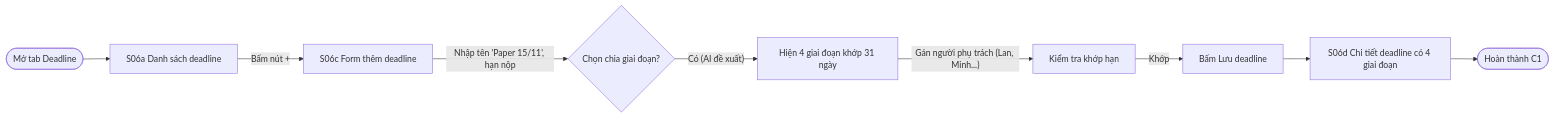
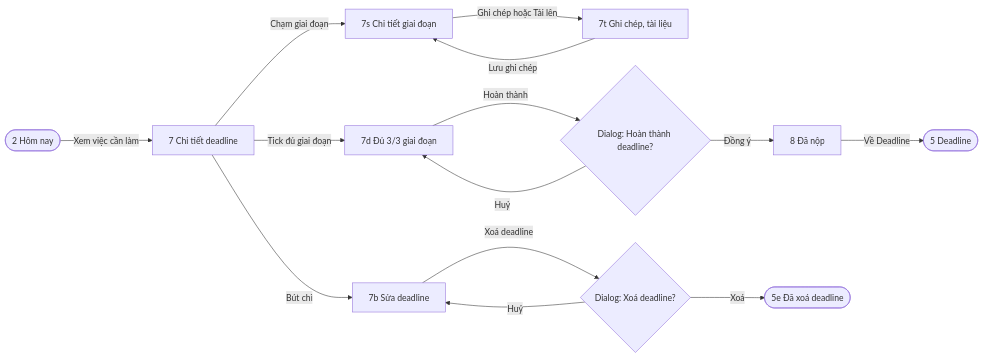
One commit to FU-PRM-Projects/prm393-lab2-group9 changed the fourth of 17 diagrams in ux/user-flow.md. Above: the diagram before and after it, drawn with Mermaid. The commit also changed other lines of this file and 7 other files, not shown here.

Commit message:
docs: align flows, screens, tokens and handoff with Figma

````diff
--- a/ux/user-flow.md
+++ b/ux/user-flow.md
@@ -139,11 +222,16 @@
 ```mermaid
 flowchart LR
-  A([Mở tab Deadline]) --> B["S06a Danh sách deadline"]
-  B -- Bấm nút + --> C["S06c Form thêm deadline"]
-  C -- Nhập tên 'Paper 15/11', hạn nộp --> D{"Chọn chia giai đoạn?"}
-  D -- Có (AI đề xuất) --> E["Hiện 4 giai đoạn khớp 31 ngày"]
-  E -- Gán người phụ trách (Lan, Minh...) --> F["Kiểm tra khớp hạn"]
-  F -- Khớp --> G["Bấm Lưu deadline"]
-  G --> H["S06d Chi tiết deadline có 4 giai đoạn"]
-  H --> I([Hoàn thành C1])
+  A(["2 Hôm nay"]) -- Xem việc cần làm --> D["7 Chi tiết deadline"]
+  D -- Chạm giai đoạn --> S["7s Chi tiết giai đoạn"]
+  S -- Ghi chép hoặc Tải lên --> T["7t Ghi chép, tài liệu"]
+  T -- Lưu ghi chép --> S
+  D -- Tick đủ giai đoạn --> D3["7d Đủ 3/3 giai đoạn"]
+  D3 -- Hoàn thành --> Q{"Dialog: Hoàn thành deadline?"}
+  Q -- Đồng ý --> DONE["8 Đã nộp"]
+  Q -- Huỷ --> D3
+  DONE -- Về Deadline --> L(["5 Deadline"])
+  D -- Bút chì --> E["7b Sửa deadline"]
+  E -- Xoá deadline --> X{"Dialog: Xoá deadline?"}
+  X -- Xoá --> XD(["5e Đã xoá deadline"])
+  X -- Huỷ --> E
 ```
````
